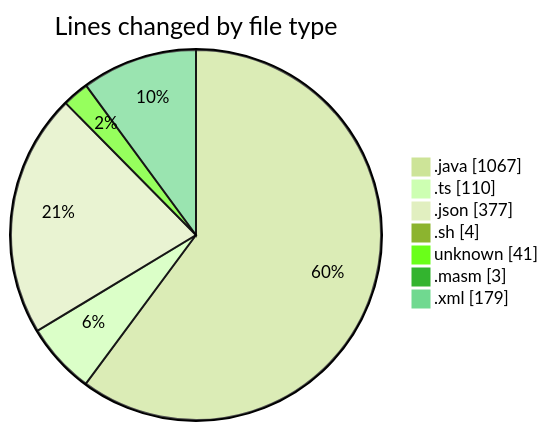
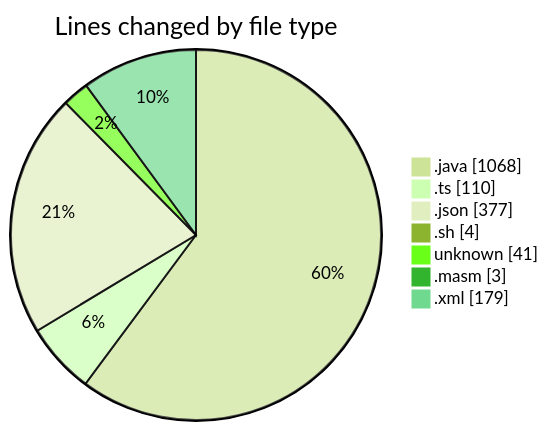
Before and after one commit to charlie-sans/code-tracking: the first of 2 diagrams in 2025-02-20/micros/README.md, drawn with Mermaid (forest theme). The commit also changed other lines of this file and 1 other file, not shown here.

````diff
--- a/2025-02-20/micros/README.md
+++ b/2025-02-20/micros/README.md
@@ -34,11 +34,11 @@
 ```mermaid
 pie showData
 title Lines changed by file type
-".java" : 1067
+".java" : 1068
 ".ts" : 110
 ".json" : 377
 ".sh" : 4
 "unknown" : 41
 ".masm" : 3
 ".xml" : 179
 ```
````
